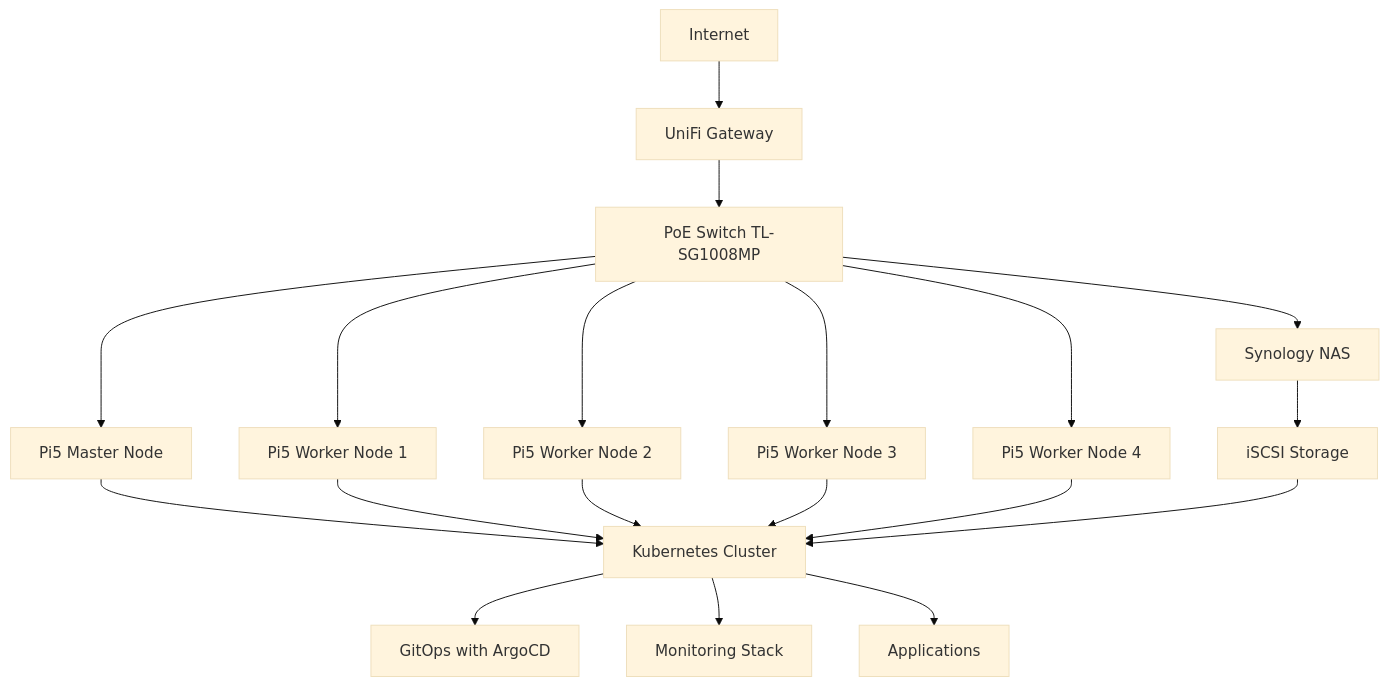
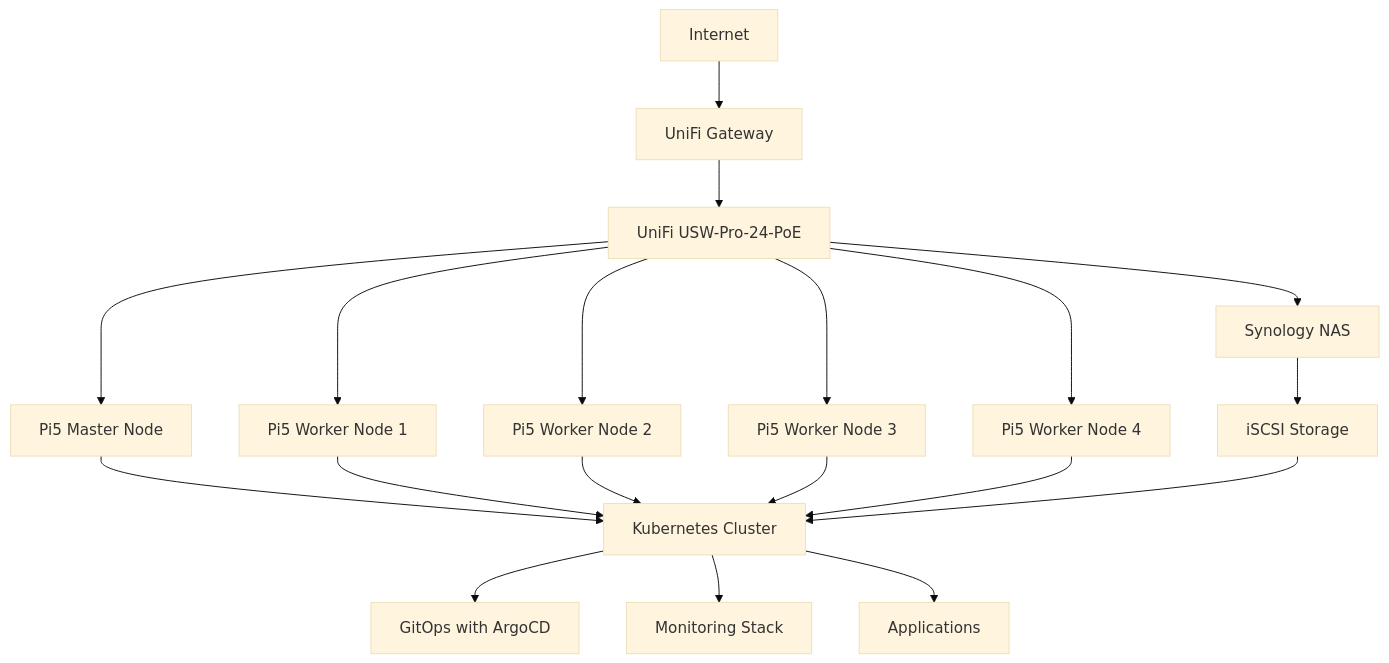
Before and after one commit to imcbeth/k8s-docs-n37: the diagram in docs/getting-started/overview.md, drawn with Mermaid (base theme). The commit also changed other lines of this file and 16 other files, not shown here.

````diff
--- a/docs/getting-started/overview.md
+++ b/docs/getting-started/overview.md
@@ -13,24 +13,24 @@
 ```mermaid
 graph TB
     Internet --> UniFi[UniFi Gateway]
-    UniFi --> Switch[PoE Switch TL-SG1008MP]
+    UniFi --> Switch[UniFi USW-Pro-24-PoE]
     Switch --> Pi1[Pi5 Master Node]
     Switch --> Pi2[Pi5 Worker Node 1]
     Switch --> Pi3[Pi5 Worker Node 2]
     Switch --> Pi4[Pi5 Worker Node 3]
     Switch --> Pi5[Pi5 Worker Node 4]
     Switch --> NAS[Synology NAS]
 
     Pi1 --> K8s[Kubernetes Cluster]
     Pi2 --> K8s
     Pi3 --> K8s
     Pi4 --> K8s
     Pi5 --> K8s
 
     NAS --> iSCSI[iSCSI Storage]
     iSCSI --> K8s
 
     K8s --> ArgoCD[GitOps with ArgoCD]
     K8s --> Prometheus[Monitoring Stack]
     K8s --> Apps[Applications]
 ```
````
